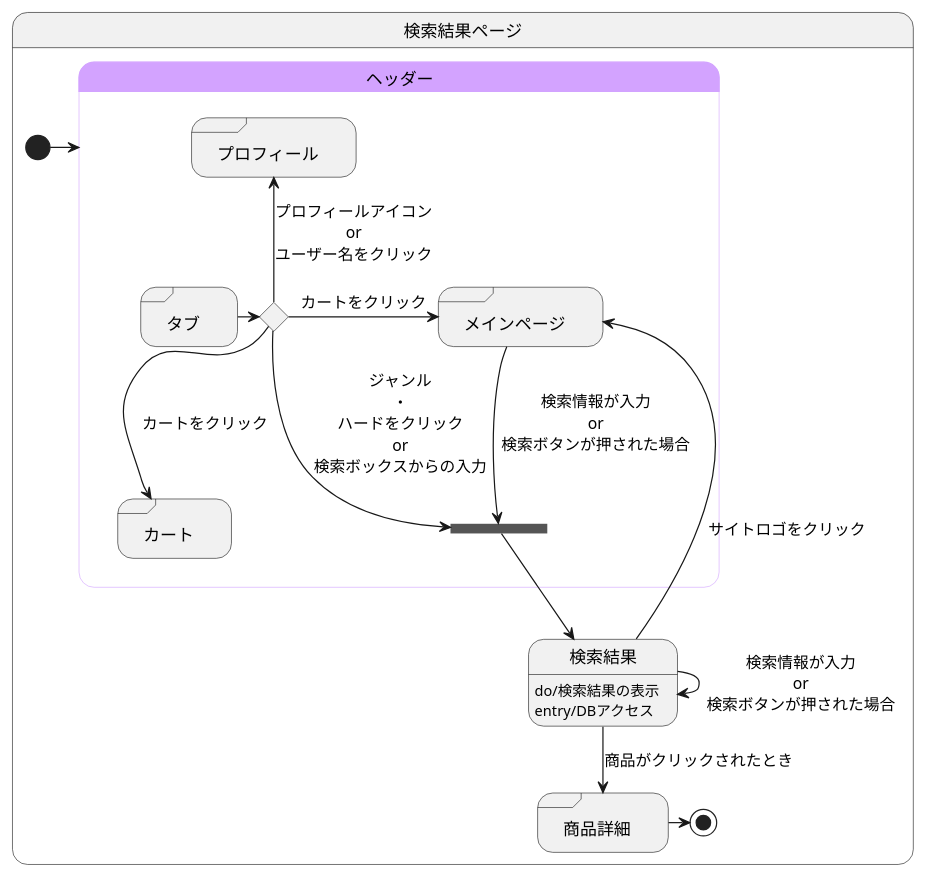
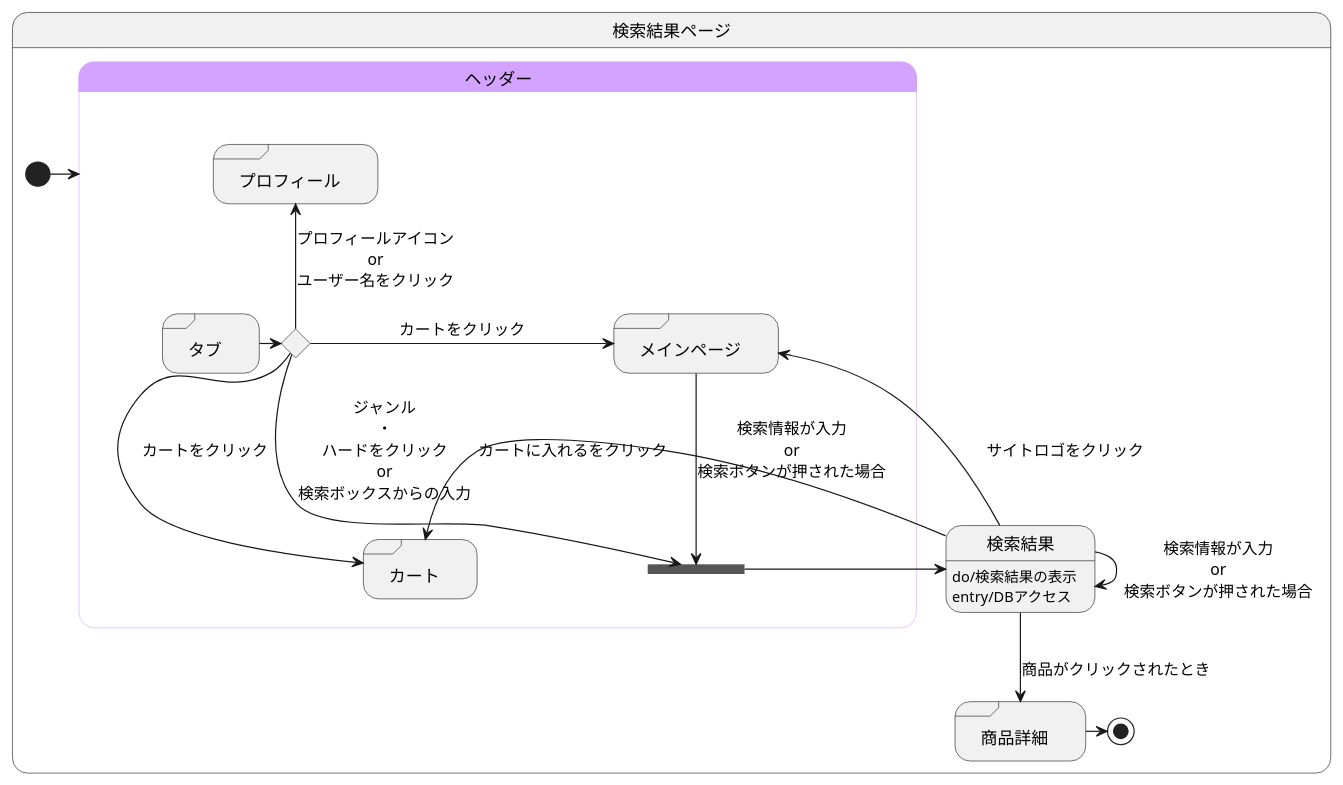
Before and after one commit to akutori/T-D-E: the diagram in 検索結果.md, drawn with PlantUML.

Commit message:
追記

````diff
--- a/検索結果.md
+++ b/検索結果.md
@@ -1,44 +1,45 @@
 ```uml
 @startuml
 state 検索結果ページ{
 
 
     state 検索結果:do/検索結果の表示
     state 検索結果:entry/DBアクセス
     state "商品詳細" as goodsdetail <<sdlreceive>>
     
 
 
     [*] -> ヘッダー
     
     検索結果 --> goodsdetail :商品がクリックされたとき
     検索結果 --> 検索結果 :検索情報が入力\nor\n検索ボタンが押された場合
     goodsdetail -> [*]
     
 
     state ヘッダー<<headder>>{
         state join_header <<join>>
         state ifinput <<choice>>
         state "タブ" as tab <<sdlreceive>>
         state "カート" as cart <<sdlreceive>>
         state "プロフィール" as profile <<sdlreceive>>
         state "メインページ" as mainpage <<sdlreceive>>
 
         tab -> ifinput 
         ifinput --> cart :カートをクリック
         ifinput -up-> profile :プロフィールアイコン\nor\nユーザー名をクリック
         ifinput -> mainpage :カートをクリック
         ifinput --> join_header :ジャンル\n・\nハードをクリック\nor\n検索ボックスからの入力
 
         mainpage --> join_header :検索情報が入力\nor\n検索ボタンが押された場合
         検索結果 --> mainpage :サイトロゴをクリック
         join_header --> 検索結果
+        検索結果 -left-> cart : カートに入れるをクリック
     }
 
     skinparam stateBorderColor<<headder>> #d3a3ff
     state ヘッダー #d3a3ff
 
 }
 
 @enduml
 ```
````
